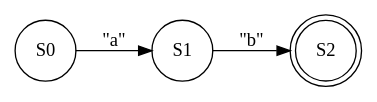
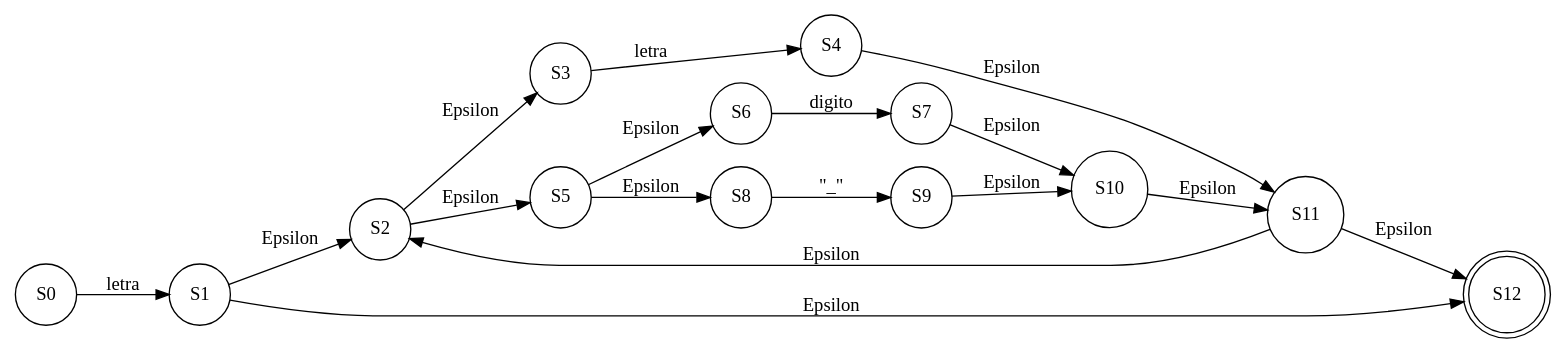
Before and after one commit to elimazariegosr/OLC1_Proyecto1_201709426: the diagram in OLC_Proyecto1_201709426/bin/Debug/afnd_er1.dot, drawn with Graphviz. The commit also changed 90 other files, not shown here.

```diff
--- a/OLC_Proyecto1_201709426/bin/Debug/afnd_er1.dot
+++ b/OLC_Proyecto1_201709426/bin/Debug/afnd_er1.dot
@@ -1,7 +1,21 @@
 digraph G{ 
 rankdir=LR;
- node[shape="circle"];S0-> S1[label="\"a\""];
-S1-> S2[label="\"b\""];
-S2[shape="doublecircle"]
+ node[shape="circle"];S0-> S1[label="letra"];
+S1-> S2[label="Epsilon"];
+S1-> S12[label="Epsilon"];
+S2-> S3[label="Epsilon"];
+S2-> S5[label="Epsilon"];
+S3-> S4[label="letra"];
+S4-> S11[label="Epsilon"];
+S5-> S6[label="Epsilon"];
+S5-> S8[label="Epsilon"];
+S6-> S7[label="digito"];
+S7-> S10[label="Epsilon"];
+S8-> S9[label="\"_\""];
+S9-> S10[label="Epsilon"];
+S10-> S11[label="Epsilon"];
+S11-> S2[label="Epsilon"];
+S11-> S12[label="Epsilon"];
+S12[shape="doublecircle"]
 
 }
```
